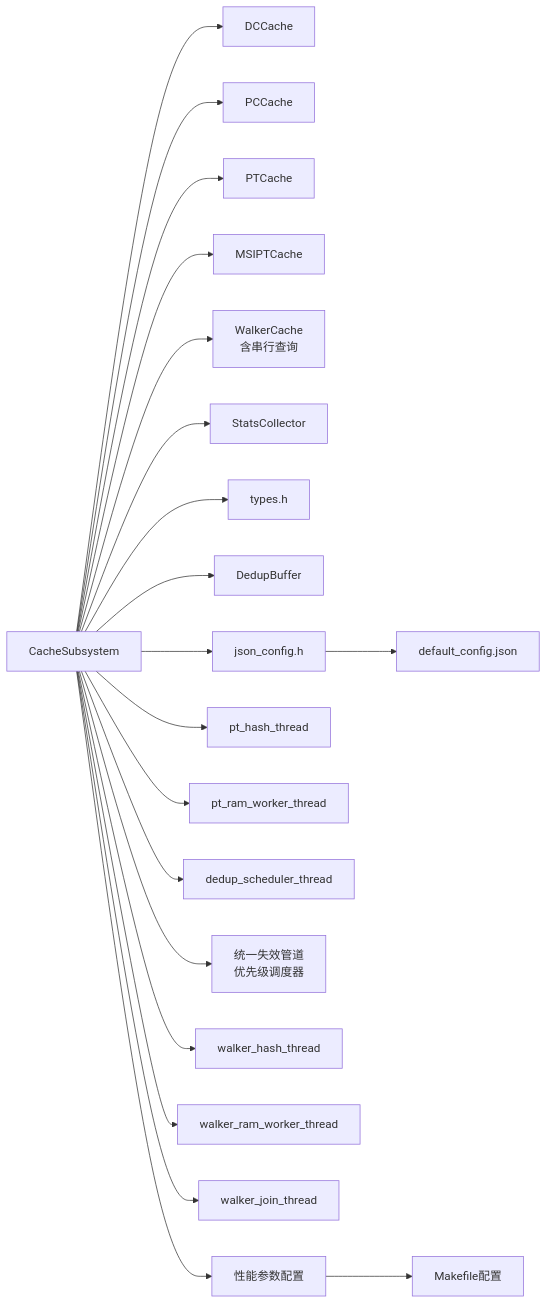
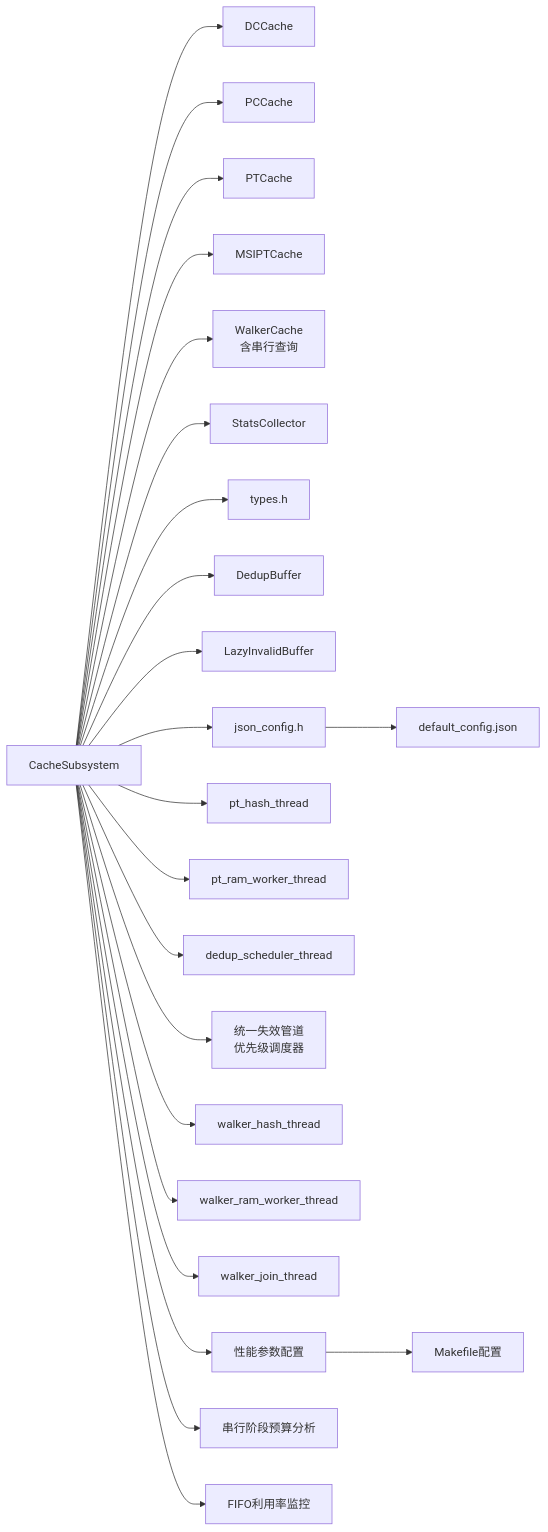
One commit to jiangjiang1122/iommu_model_20260401_v1 changed diagram 14 of 14 in .qoder/repowiki/zh/content/缓存系统/缓存子系统概览.md. Above: the diagram before and after it, drawn with Mermaid. The commit also changed other lines of this file and 55 other files, not shown here.

````diff
--- a/.qoder/repowiki/zh/content/缓存系统/缓存子系统概览.md
+++ b/.qoder/repowiki/zh/content/缓存系统/缓存子系统概览.md
@@ -602,22 +817,25 @@
 ```mermaid
 graph LR
 CS["CacheSubsystem"] --> DC["DCCache"]
 CS --> PC["PCCache"]
 CS --> PT["PTCache"]
 CS --> MSI["MSIPTCache"]
 CS --> Wlk["WalkerCache<br/>含串行查询"]
 CS --> Stats["StatsCollector"]
 CS --> Types["types.h"]
 CS --> Dedup["DedupBuffer"]
+CS --> LazyInv["LazyInvalidBuffer"]
 CS --> Json["json_config.h"]
 CS --> PT_Hash["pt_hash_thread"]
 CS --> PT_RAM["pt_ram_worker_thread"]
 CS --> Dedup_Sched["dedup_scheduler_thread"]
 CS --> Unified_Pipeline["统一失效管道<br/>优先级调度器"]
 CS --> Walker_Hash["walker_hash_thread"]
 CS --> Walker_RAM["walker_ram_worker_thread"]
 CS --> Walker_Join["walker_join_thread"]
 CS --> PerfParams["性能参数配置"]
+CS --> Budget_Report["串行阶段预算分析"]
+CS --> Fifo_Monitor["FIFO利用率监控"]
 Json --> Cfg["default_config.json"]
 PerfParams --> Makefile["Makefile配置"]
 ```
````
